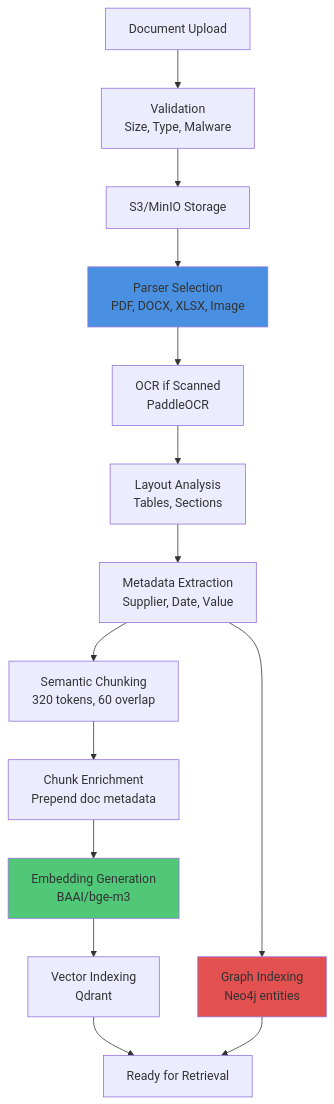
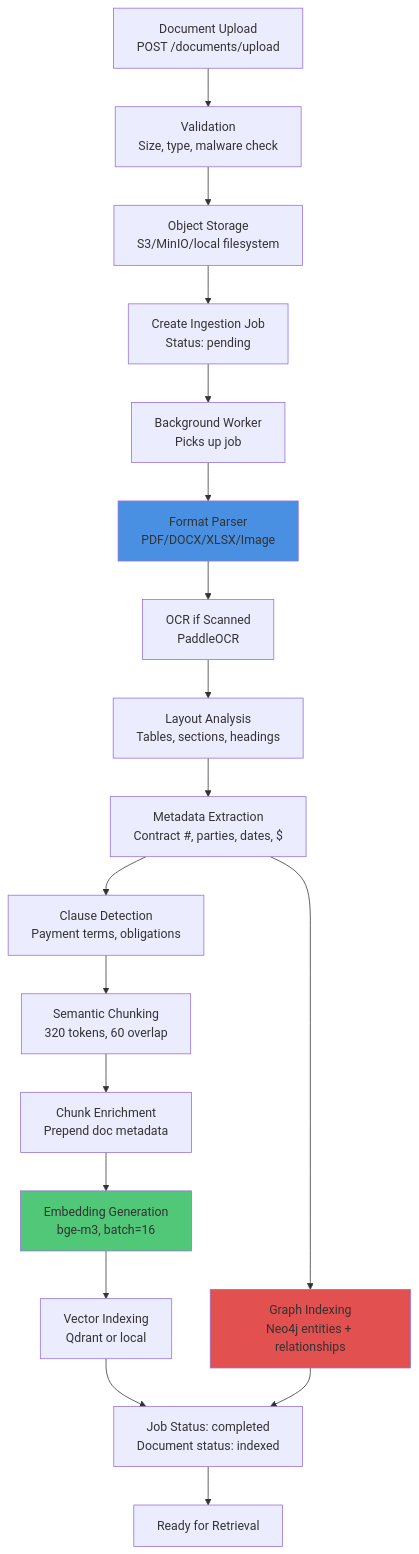
The sixth of 6 diagrams in README.md (Krish-afk-bot/enterprise-procurement-intelligence), drawn with Mermaid before and after one commit. The commit also changed other lines of this file and 1 other file, not shown here.

First line of the commit message:
docs: complete master technical audit and README redesign

````diff
--- a/README.md
+++ b/README.md
@@ -414,20 +659,24 @@
 ```mermaid
 graph TD
-    Upload[Document Upload] --> Validate[Validation<br/>Size, Type, Malware]
-    Validate --> Store[S3/MinIO Storage]
-    Store --> Parse[Parser Selection<br/>PDF, DOCX, XLSX, Image]
+    Upload[Document Upload<br/>POST /documents/upload] --> Validate[Validation<br/>Size, type, malware check]
+    Validate --> Store[Object Storage<br/>S3/MinIO/local filesystem]
+    Store --> Job[Create Ingestion Job<br/>Status: pending]
+    Job --> Worker[Background Worker<br/>Picks up job]
+    Worker --> Parse[Format Parser<br/>PDF/DOCX/XLSX/Image]
     Parse --> OCR[OCR if Scanned<br/>PaddleOCR]
-    OCR --> Layout[Layout Analysis<br/>Tables, Sections]
-    Layout --> Extract[Metadata Extraction<br/>Supplier, Date, Value]
-    Extract --> Chunk[Semantic Chunking<br/>320 tokens, 60 overlap]
+    OCR --> Layout[Layout Analysis<br/>Tables, sections, headings]
+    Layout --> Extract[Metadata Extraction<br/>Contract #, parties, dates, $]
+    Extract --> Clause[Clause Detection<br/>Payment terms, obligations]
+    Clause --> Chunk[Semantic Chunking<br/>320 tokens, 60 overlap]
     Chunk --> Enrich[Chunk Enrichment<br/>Prepend doc metadata]
-    Enrich --> Embed[Embedding Generation<br/>BAAI/bge-m3]
-    Embed --> VecIndex[Vector Indexing<br/>Qdrant]
-    Extract --> GraphIndex[Graph Indexing<br/>Neo4j entities]
-    VecIndex --> Ready[Ready for Retrieval]
-    GraphIndex --> Ready
+    Enrich --> Embed[Embedding Generation<br/>bge-m3, batch=16]
+    Embed --> VIndex[Vector Indexing<br/>Qdrant or local]
+    Extract --> GIndex[Graph Indexing<br/>Neo4j entities + relationships]
+    VIndex --> Complete[Job Status: completed<br/>Document status: indexed]
+    GIndex --> Complete
+    Complete --> Ready[Ready for Retrieval]
     
     style Parse fill:#4a90e2
     style Embed fill:#50c878
-    style GraphIndex fill:#e25050
+    style GIndex fill:#e25050
 ```
````
